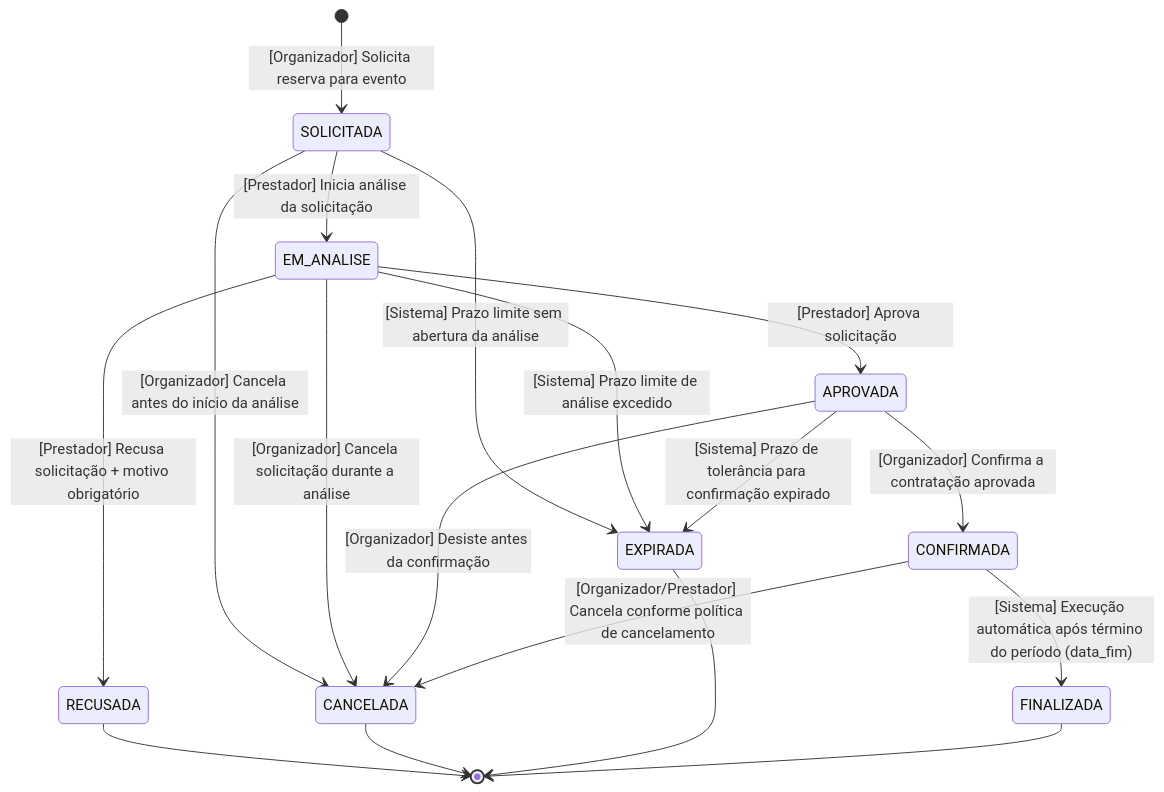
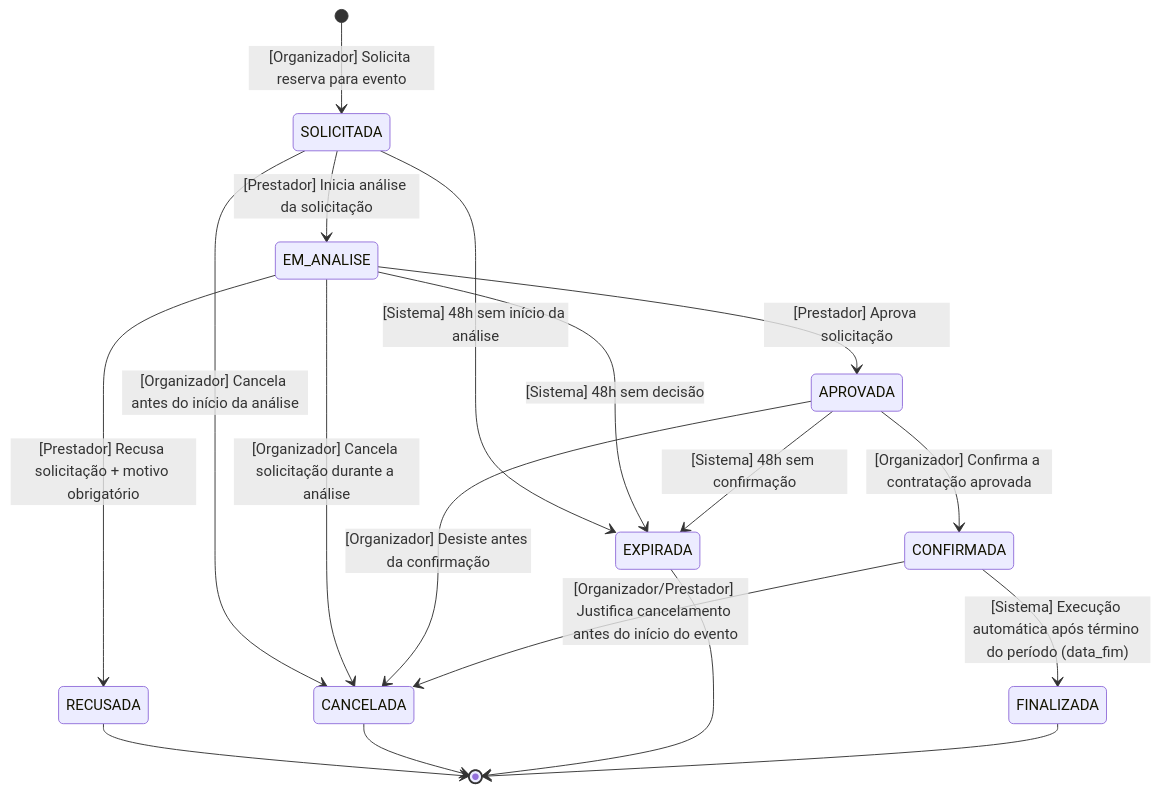
The diagram in docs/diagrams/estados-reserva.md (dudanegreiro/EventFy), drawn with Mermaid before and after one commit. The commit also changed other lines of this file and 9 other files, not shown here.

````diff
--- a/docs/diagrams/estados-reserva.md
+++ b/docs/diagrams/estados-reserva.md
@@ -7,25 +7,25 @@
 ```mermaid
 stateDiagram-v2
     [*] --> SOLICITADA : [Organizador] Solicita reserva para evento
 
     SOLICITADA --> EM_ANALISE : [Prestador] Inicia análise da solicitação
     SOLICITADA --> CANCELADA : [Organizador] Cancela antes do início da análise
-    SOLICITADA --> EXPIRADA : [Sistema] Prazo limite sem abertura da análise
+    SOLICITADA --> EXPIRADA : [Sistema] 48h sem início da análise
 
     EM_ANALISE --> APROVADA : [Prestador] Aprova solicitação
     EM_ANALISE --> RECUSADA : [Prestador] Recusa solicitação + motivo obrigatório
     EM_ANALISE --> CANCELADA : [Organizador] Cancela solicitação durante a análise
-    EM_ANALISE --> EXPIRADA : [Sistema] Prazo limite de análise excedido
+    EM_ANALISE --> EXPIRADA : [Sistema] 48h sem decisão
 
     APROVADA --> CONFIRMADA : [Organizador] Confirma a contratação aprovada
     APROVADA --> CANCELADA : [Organizador] Desiste antes da confirmação
-    APROVADA --> EXPIRADA : [Sistema] Prazo de tolerância para confirmação expirado
+    APROVADA --> EXPIRADA : [Sistema] 48h sem confirmação
 
     CONFIRMADA --> FINALIZADA : [Sistema] Execução automática após término do período (data_fim)
-    CONFIRMADA --> CANCELADA : [Organizador/Prestador] Cancela conforme política de cancelamento
+    CONFIRMADA --> CANCELADA : [Organizador/Prestador] Justifica cancelamento antes do início do evento
 
     RECUSADA --> [*]
     CANCELADA --> [*]
     EXPIRADA --> [*]
     FINALIZADA --> [*]
 ```
````
